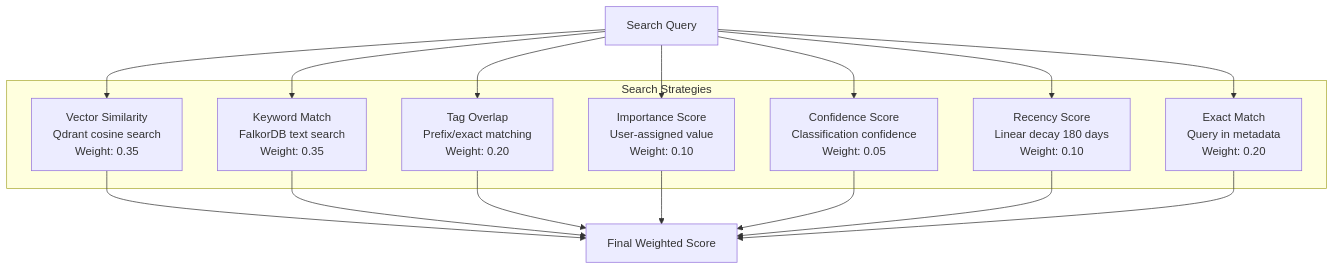
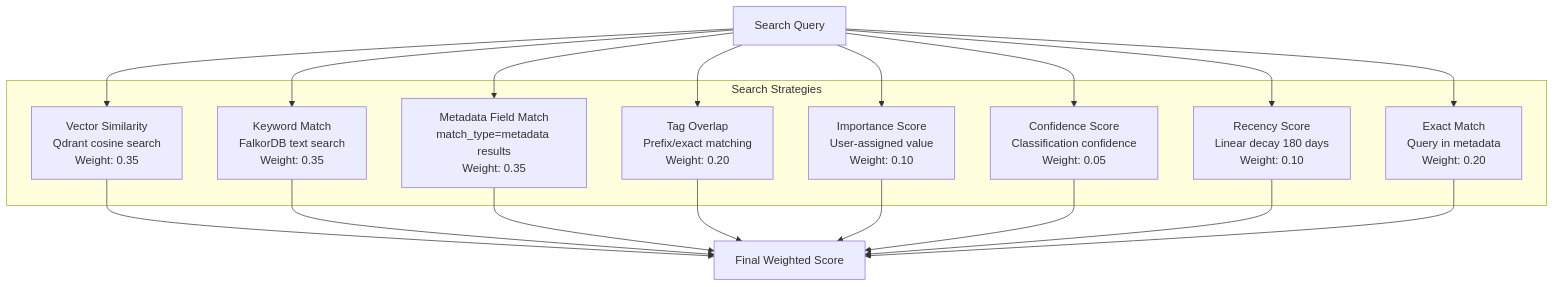
Before and after one commit to verygoodplugins/automem-website: the second of 3 diagrams in src/content/docs/docs/core-concepts/hybrid-search.md, drawn with Mermaid. The commit also changed other lines of this file, not shown here.

````diff
--- a/src/content/docs/docs/core-concepts/hybrid-search.md
+++ b/src/content/docs/docs/core-concepts/hybrid-search.md
@@ -67,32 +67,35 @@
 ```mermaid
 graph TB
     Query["Search Query"]
 
     subgraph "Search Strategies"
         Vector["Vector Similarity<br/>Qdrant cosine search<br/>Weight: 0.35"]
         Keyword["Keyword Match<br/>FalkorDB text search<br/>Weight: 0.35"]
+        Metadata["Metadata Field Match<br/>match_type=metadata results<br/>Weight: 0.35"]
         Tag["Tag Overlap<br/>Prefix/exact matching<br/>Weight: 0.20"]
         Importance["Importance Score<br/>User-assigned value<br/>Weight: 0.10"]
         Confidence["Confidence Score<br/>Classification confidence<br/>Weight: 0.05"]
         Recency["Recency Score<br/>Linear decay 180 days<br/>Weight: 0.10"]
         Exact["Exact Match<br/>Query in metadata<br/>Weight: 0.20"]
     end
 
     Result["Final Weighted Score"]
 
     Query --> Vector
     Query --> Keyword
+    Query --> Metadata
     Query --> Tag
     Query --> Importance
     Query --> Confidence
     Query --> Recency
     Query --> Exact
 
     Vector --> Result
     Keyword --> Result
+    Metadata --> Result
     Tag --> Result
     Importance --> Result
     Confidence --> Result
     Recency --> Result
     Exact --> Result
 ```
````
